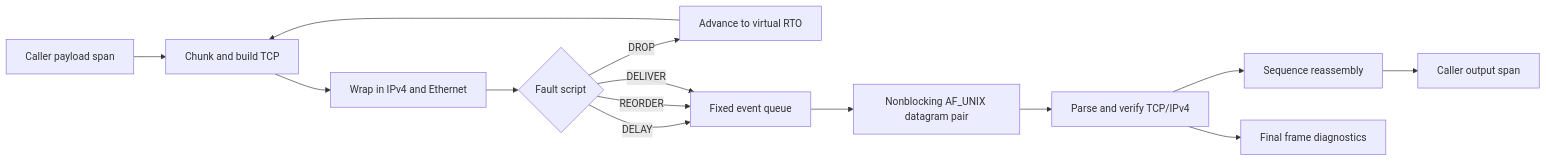
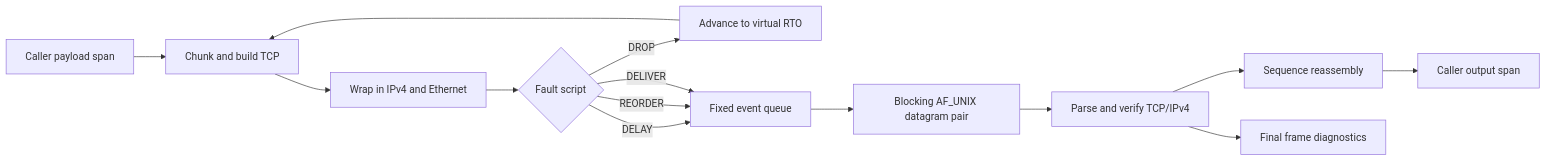
The diagram in linux_labs/03_userspace_mini_stack/README.md (lhmily/tcp-ip-course), drawn with Mermaid before and after one commit. The commit also changed other lines of this file and 4 other files, not shown here.

````diff
--- a/linux_labs/03_userspace_mini_stack/README.md
+++ b/linux_labs/03_userspace_mini_stack/README.md
@@ -9,16 +9,16 @@
 ```mermaid
 flowchart LR
     A[Caller payload span] --> B[Chunk and build TCP]
     B --> C[Wrap in IPv4 and Ethernet]
     C --> D{Fault script}
     D -->|DROP| T[Advance to virtual RTO]
     D -->|DELAY| Q[Fixed event queue]
     D -->|REORDER| Q
     D -->|DELIVER| Q
-    Q --> S[Nonblocking AF_UNIX datagram pair]
+    Q --> S[Blocking AF_UNIX datagram pair]
     S --> P[Parse and verify TCP/IPv4]
     P --> R[Sequence reassembly]
     R --> O[Caller output span]
     P --> X[Final frame diagnostics]
     T --> B
 ```
````
